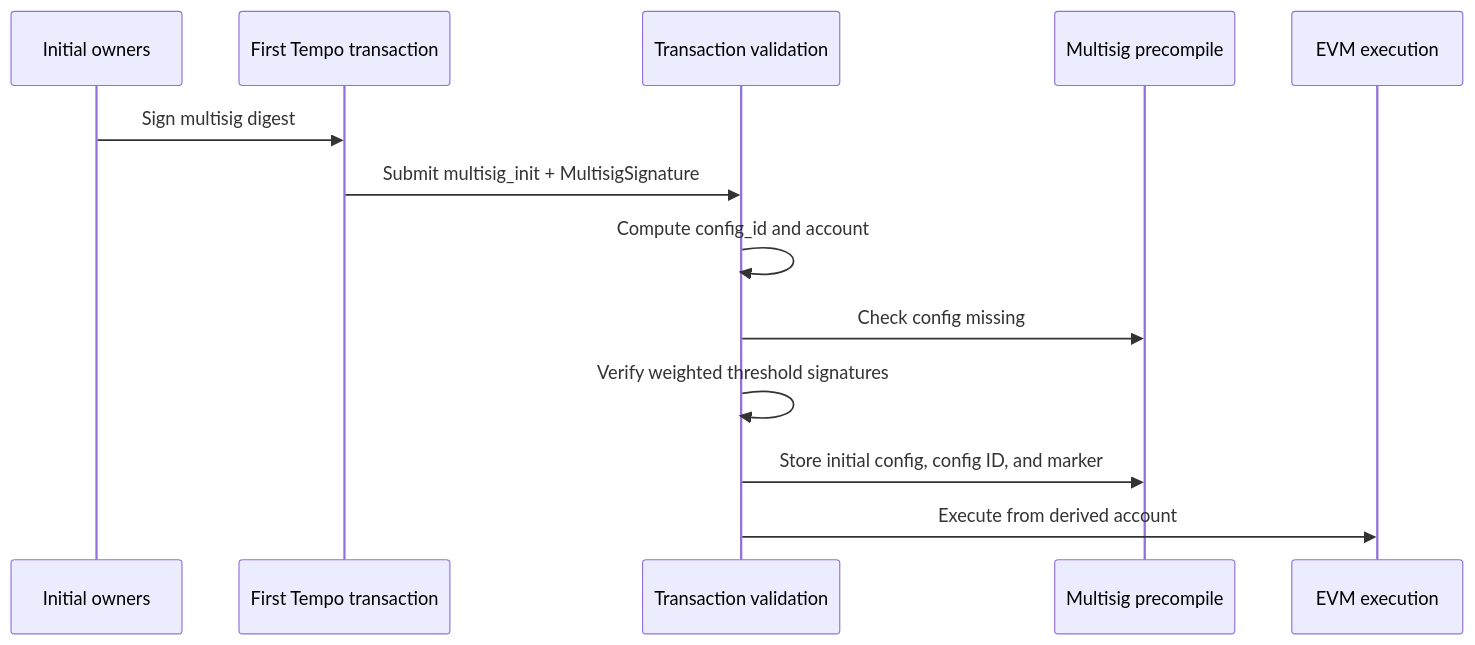
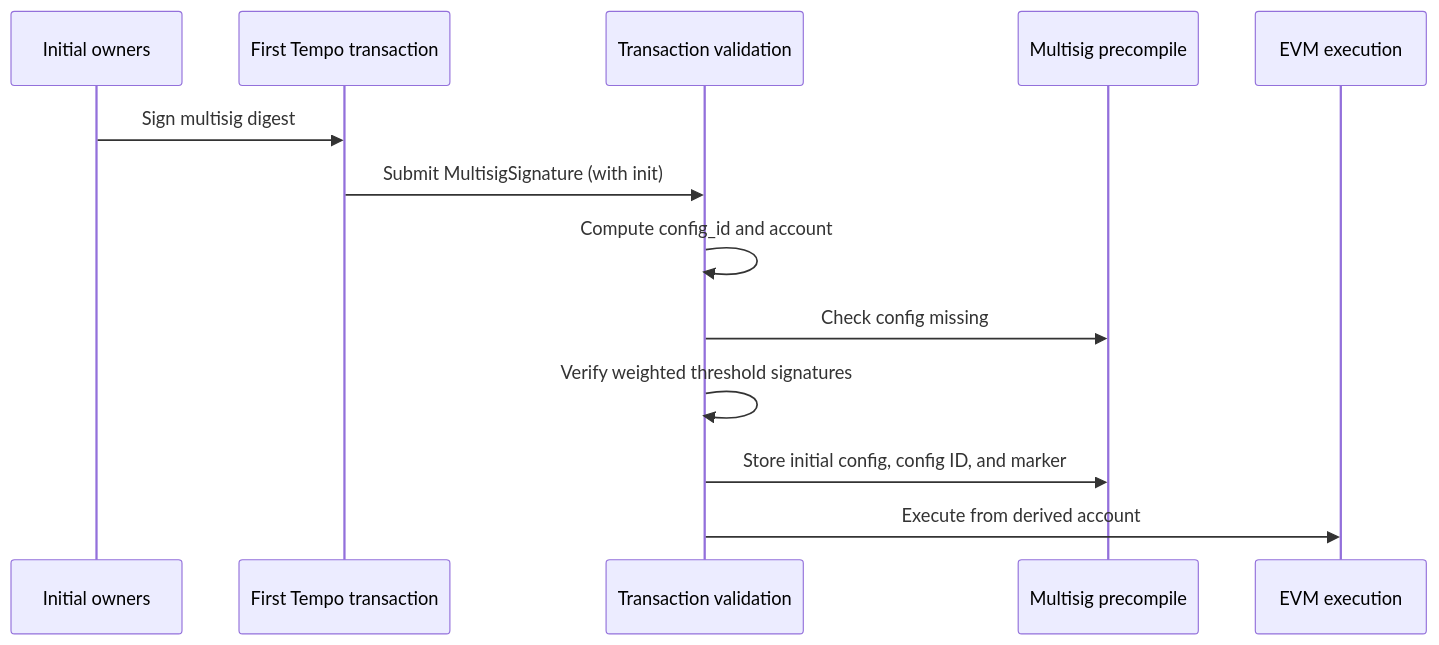
The first of 2 diagrams in tips/tip-1061.md (tempoxyz/tempo), drawn with Mermaid before and after one commit. The commit also changed other lines of this file, not shown here.

First line of the commit message:
docs(tip-1061): move multisig init into the signature

````diff
--- a/tips/tip-1061.md
+++ b/tips/tip-1061.md
@@ -465,16 +483,16 @@
 ```mermaid
 sequenceDiagram
   participant Owners as Initial owners
   participant Tx as First Tempo transaction
   participant Protocol as Transaction validation
   participant MS as Multisig precompile
   participant EVM as EVM execution
 
   Owners->>Tx: Sign multisig digest
-  Tx->>Protocol: Submit multisig_init + MultisigSignature
+  Tx->>Protocol: Submit MultisigSignature (with init)
   Protocol->>Protocol: Compute config_id and account
   Protocol->>MS: Check config missing
   Protocol->>Protocol: Verify weighted threshold signatures
   Protocol->>MS: Store initial config, config ID, and marker
   Protocol->>EVM: Execute from derived account
 ```
````
